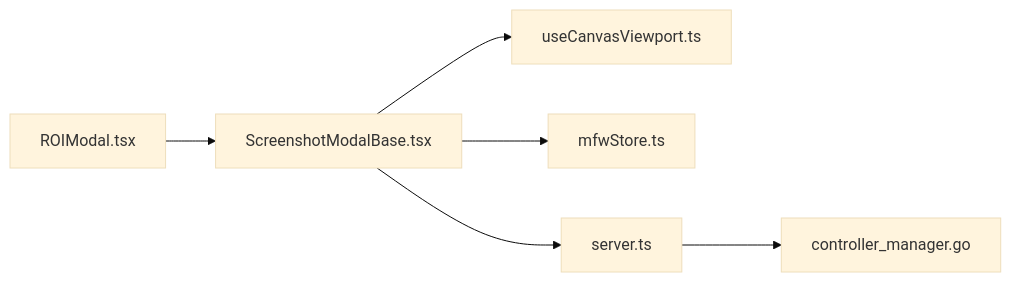
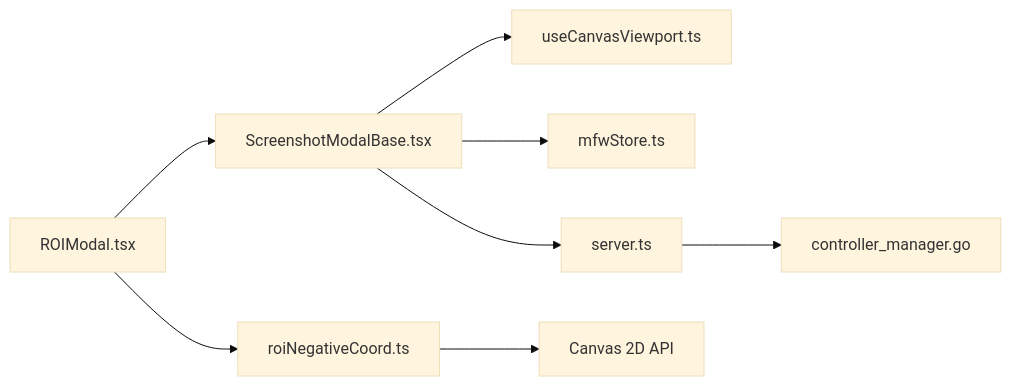
One commit to kqcoxn/MaaPipelineEditor changed the sixth of 6 diagrams in .qoder/repowiki/zh/content/核心概念/区域选择模态框.md. Above: the diagram before and after it, drawn with Mermaid (base theme). The commit also changed other lines of this file and 9 other files, not shown here.

````diff
--- a/.qoder/repowiki/zh/content/核心概念/区域选择模态框.md
+++ b/.qoder/repowiki/zh/content/核心概念/区域选择模态框.md
@@ -245,8 +304,10 @@
 ```mermaid
 graph LR
 ROIModal["ROIModal.tsx"] --> Base["ScreenshotModalBase.tsx"]
+ROIModal --> Utils["roiNegativeCoord.ts"]
 Base --> Hook["useCanvasViewport.ts"]
 Base --> Store["mfwStore.ts"]
 Base --> WS["server.ts"]
 WS --> CtrlMgr["controller_manager.go"]
+Utils --> Canvas["Canvas 2D API"]
 ```
````
